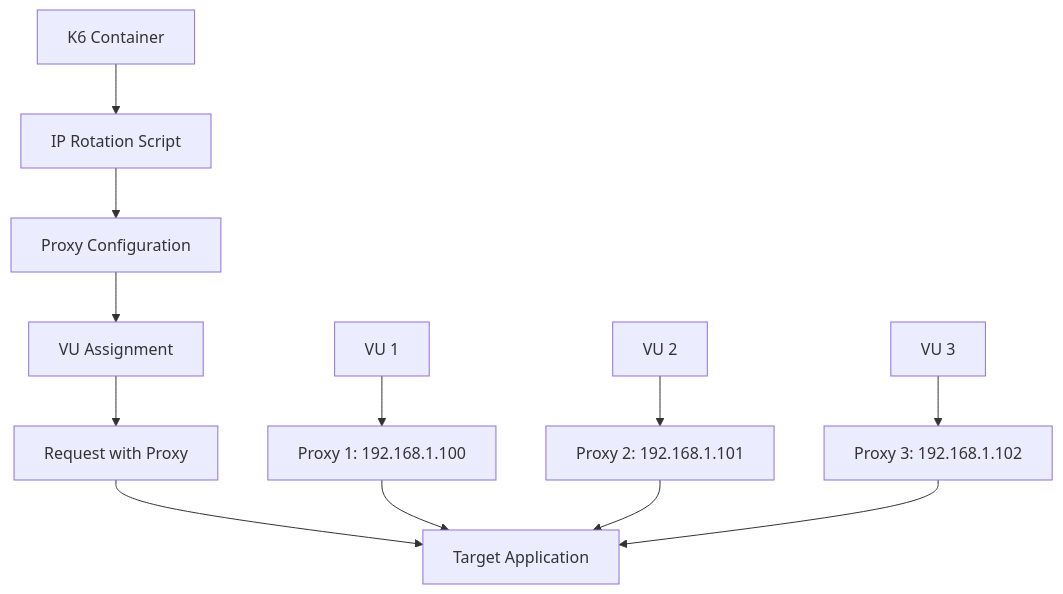
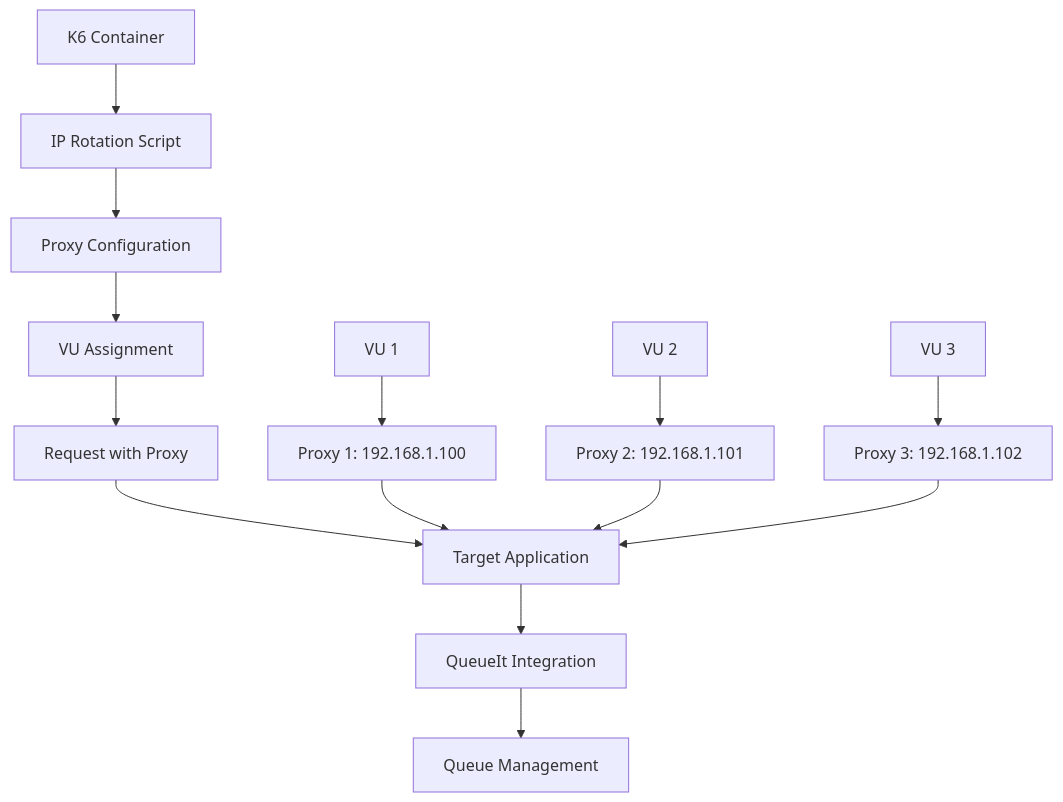
The diagram in testing-projects/iploads-with-k6-container/README.md (stprojects3006/aflow-app), drawn with Mermaid before and after one commit. The commit also changed other lines of this file and 39 other files, not shown here.

````diff
--- a/testing-projects/iploads-with-k6-container/README.md
+++ b/testing-projects/iploads-with-k6-container/README.md
@@ -18,16 +20,18 @@
 ```mermaid
 flowchart TD
     A[K6 Container] --> B[IP Rotation Script]
     B --> C[Proxy Configuration]
     C --> D[VU Assignment]
     D --> E[Request with Proxy]
     E --> F[Target Application]
+    F --> G[QueueIt Integration]
+    G --> H[Queue Management]
     
-    G[VU 1] --> H[Proxy 1: 192.168.1.100]
-    I[VU 2] --> J[Proxy 2: 192.168.1.101]
-    K[VU 3] --> L[Proxy 3: 192.168.1.102]
+    I[VU 1] --> J[Proxy 1: 192.168.1.100]
+    K[VU 2] --> L[Proxy 2: 192.168.1.101]
+    M[VU 3] --> N[Proxy 3: 192.168.1.102]
     
-    H --> F
     J --> F
     L --> F
+    N --> F
 ```
````
